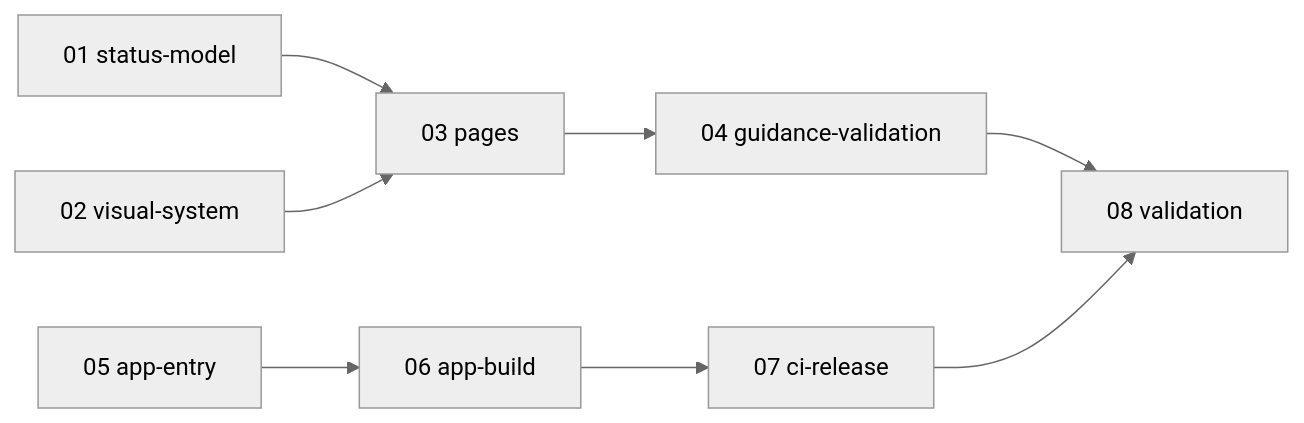
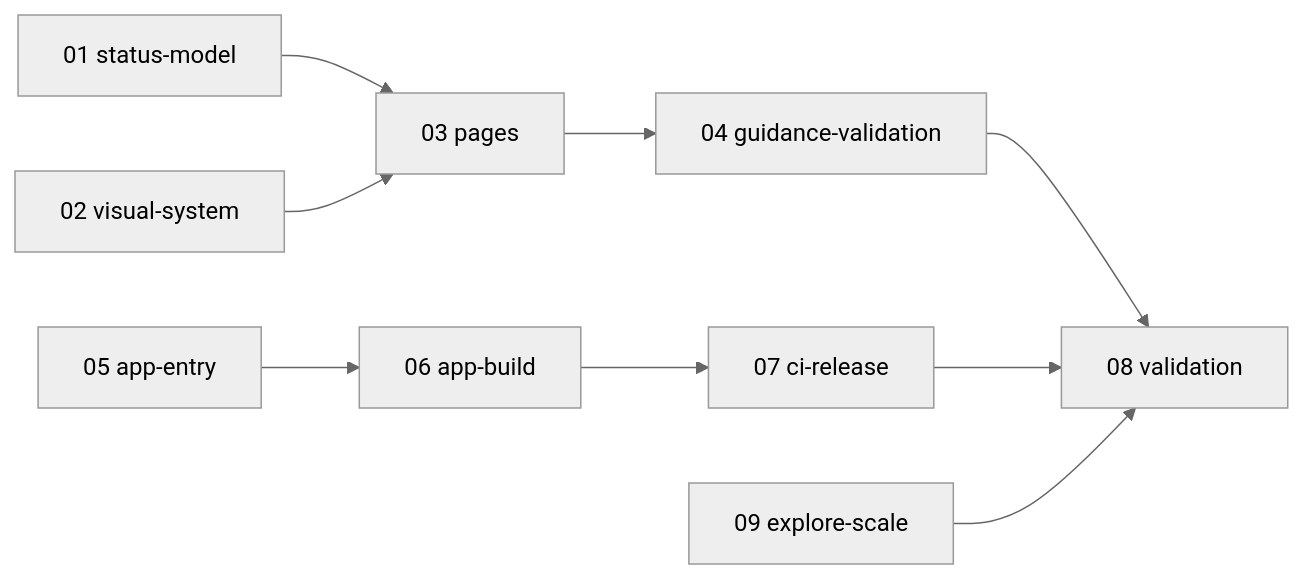
The diagram in docs/artifacts/artifact-plane/changes/change-human-guidance/tasks/README.md (hieutran21198/software-engineering), drawn with Mermaid (neutral theme) before and after one commit. The commit also changed other lines of this file and 3 other files, not shown here.

First line of the commit message:
Artifact Plane: plan amendment of change-human-guidance (task explore-scale)

````diff
--- a/docs/artifacts/artifact-plane/changes/change-human-guidance/tasks/README.md
+++ b/docs/artifacts/artifact-plane/changes/change-human-guidance/tasks/README.md
@@ -38,11 +43,12 @@
 ```mermaid
 flowchart LR
   accTitle: Task graph of change-human-guidance
-  accDescr: Status model and visual system lead to pages and guidance validation; application entry leads to build and CI release; both tracks join in validation.
+  accDescr: Status model and visual system lead to pages and guidance validation; application entry leads to build and CI release; both tracks and explore scale join in validation.
   S[01 status-model] --> P[03 pages]
   V[02 visual-system] --> P
   P --> G[04 guidance-validation]
   E[05 app-entry] --> B[06 app-build] --> C[07 ci-release]
   G --> X[08 validation]
   C --> X
+  ES[09 explore-scale] --> X
 ```
````
